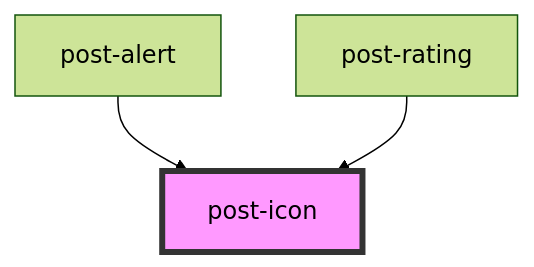
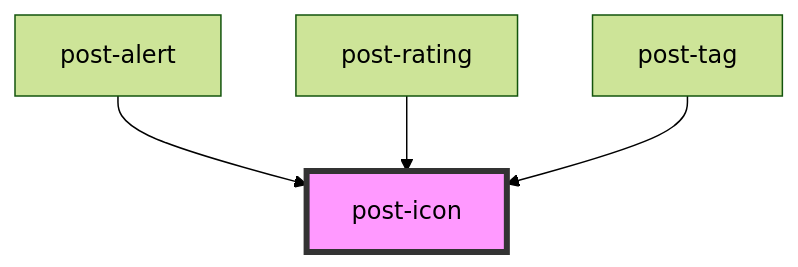
The diagram in packages/components/src/components/post-icon/readme.md (swisspost/design-system), drawn with Mermaid (forest theme) before and after one commit. The commit also changed other lines of this file and 20 other files, not shown here.

Commit message:
feat(components, documentation, styles): new tag styles and post-tag webcomponent (#2552)

````diff
--- a/packages/components/src/components/post-icon/readme.md
+++ b/packages/components/src/components/post-icon/readme.md
@@ -29,6 +30,7 @@
 ```mermaid
 graph TD;
   post-alert --> post-icon
   post-rating --> post-icon
+  post-tag --> post-icon
   style post-icon fill:#f9f,stroke:#333,stroke-width:4px
 ```
````
